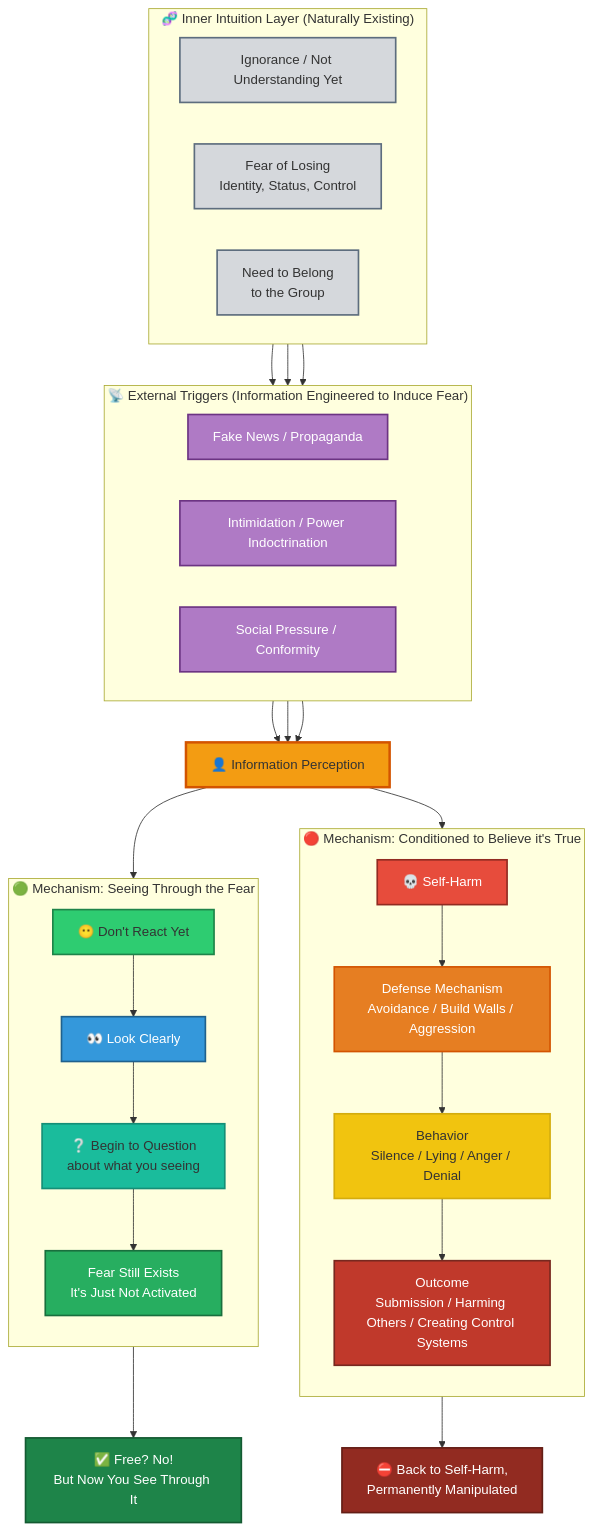
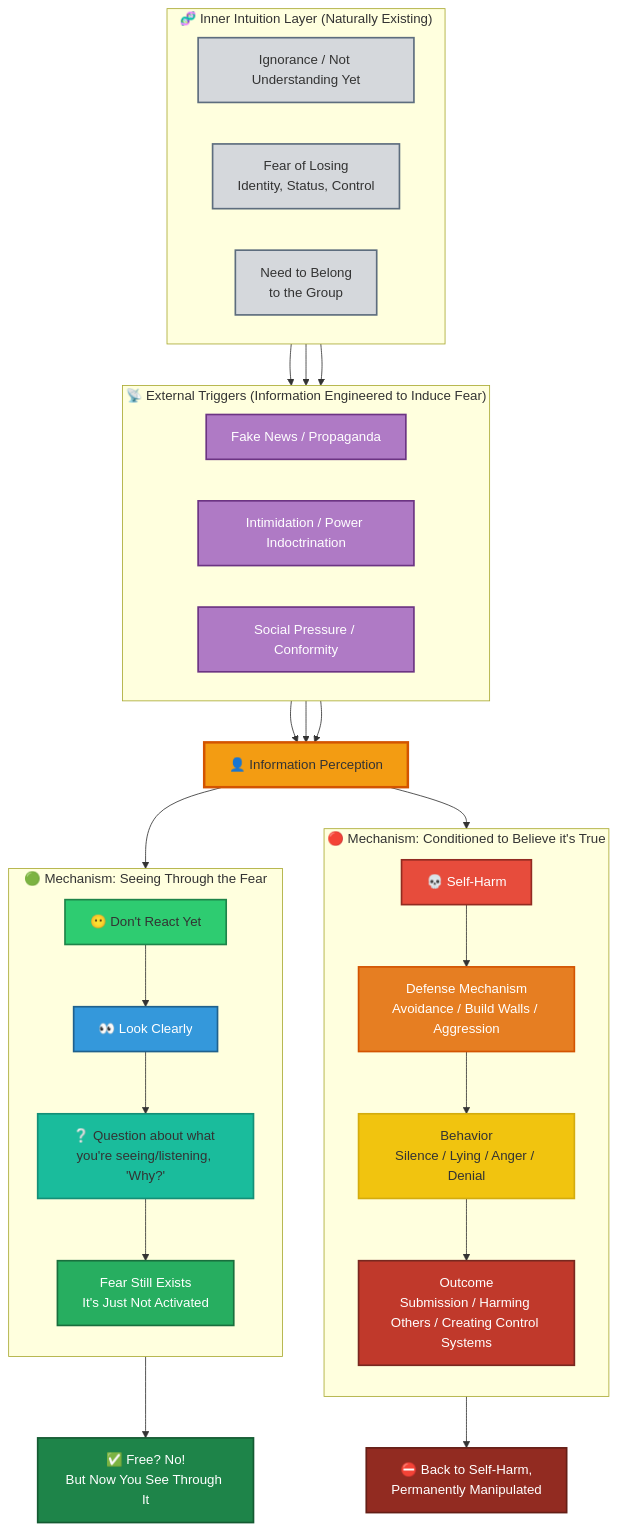
The diagram in diagrams/shutdown_your_fear.md (the-neuro-catalyst/siae-standard), drawn with Mermaid before and after one commit. The commit also changed other lines of this file, not shown here.

````diff
--- a/diagrams/shutdown_your_fear.md
+++ b/diagrams/shutdown_your_fear.md
@@ -1,77 +8,77 @@
 ```mermaid
 flowchart TD
     %% ===== Layer 1: Inner Intuition (Seed) =====
     subgraph Layer1["🧬 Inner Intuition Layer (Naturally Existing)"]
         direction LR
         S1[Ignorance / Not Understanding Yet]
         S2[Fear of Losing<br>Identity, Status, Control]
         S3[Need to Belong<br>to the Group]
     end
 
     %% ===== Layer 2: External Triggers (Information Engineered to Induce Fear) =====
     subgraph Layer2["📡 External Triggers (Information Engineered to Induce Fear)"]
         direction LR
         T1[Fake News / Propaganda]
         T2[Intimidation / Power Indoctrination]
         T3[Social Pressure / Conformity]
     end
 
     %% Connecting intuition + engineered info -> response
     S1 --> T1
     S2 --> T2
     S3 --> T3
     
     T1 --> React[👤 Information Perception]
     T2 --> React
     T3 --> React
 
     %% ===== Left Track: Old Loop (Conditioned) =====
     subgraph LeftTrack["🔴 Mechanism: Conditioned to Believe it's True"]
         direction TB
         L1[💀 Self-Harm] --> L2[Defense Mechanism<br>Avoidance / Build Walls / Aggression]
         L2 --> L3[Behavior<br>Silence / Lying / Anger / Denial]
         L3 --> L4[Outcome<br>Submission / Harming Others / Creating Control Systems]
     end
 
     %% ===== Right Track: New Loop (Awareness) =====
     subgraph RightTrack["🟢 Mechanism: Seeing Through the Fear"]
         direction TB
         R1[😶 Don't React Yet] --> R2[👀 Look Clearly]
-        R2 --> R3[❔ Begin to Question<br>about what you seeing]
+        R2 --> R3[❔ Question about what you're seeing/listening, 'Why?']
         R3 --> R4[Fear Still Exists<br>It's Just Not Activated]
     end
 
     %% Connecting from perception to both paths
     React --> L1
     React --> R1
 
     %% Final outcomes
     L4 --> End1[⛔ Back to Self-Harm,<br>Permanently Manipulated]
     R4 --> End2[✅ Free? No!<br>But Now You See Through It]
 
     %% ===== Color styling for visualization =====
     %% Intuition (gray/neutral tones showing inherent neutrality)
     style S1 fill:#d5d8dc,stroke:#5d6d7e,stroke-width:2px,color:#333
     style S2 fill:#d5d8dc,stroke:#5d6d7e,stroke-width:2px,color:#333
     style S3 fill:#d5d8dc,stroke:#5d6d7e,stroke-width:2px,color:#333
 
     %% Data triggers (purple/hot pink showing intense external stimuli)
     style T1 fill:#af7ac5,stroke:#6c3483,stroke-width:2px,color:#fff
     style T2 fill:#af7ac5,stroke:#6c3483,stroke-width:2px,color:#fff
     style T3 fill:#af7ac5,stroke:#6c3483,stroke-width:2px,color:#fff
     style React fill:#f39c12,stroke:#d35400,stroke-width:3px,color:#333
 
     %% Left side - warm tones
     style L1 fill:#e74c3c,stroke:#922b21,stroke-width:2px,color:#fff
     style L2 fill:#e67e22,stroke:#d35400,stroke-width:2px,color:#fff
     style L3 fill:#f1c40f,stroke:#d4ac0d,stroke-width:2px,color:#333
     style L4 fill:#c0392b,stroke:#78281f,stroke-width:2px,color:#fff
     style End1 fill:#922b21,stroke:#641e16,stroke-width:2px,color:#fff
 
     %% Right side - cool tones
     style R1 fill:#2ecc71,stroke:#1e8449,stroke-width:2px,color:#333
     style R2 fill:#3498db,stroke:#1f618d,stroke-width:2px,color:#fff
     style R3 fill:#1abc9c,stroke:#148f77,stroke-width:2px,color:#333
     style R4 fill:#27ae60,stroke:#196f3d,stroke-width:2px,color:#fff
     style End2 fill:#1e8449,stroke:#145a32,stroke-width:2px,color:#fff
 ```
````
